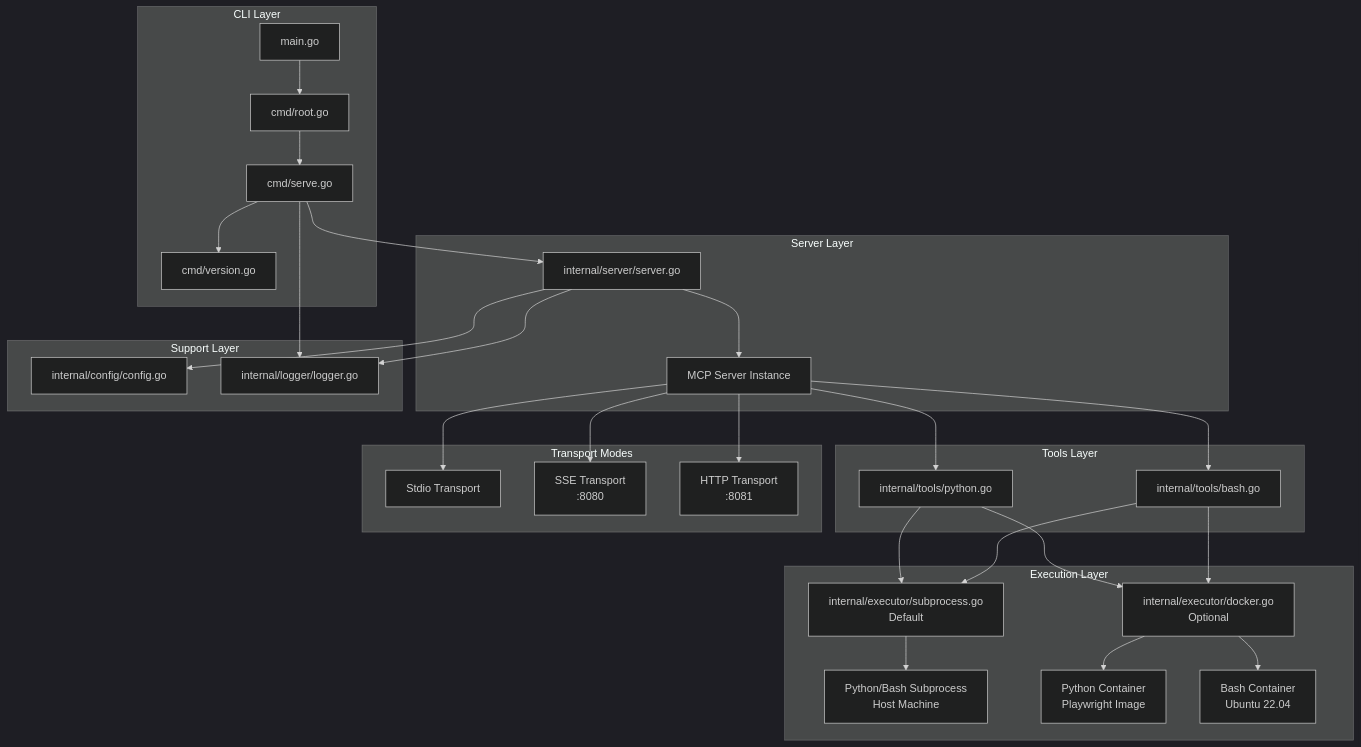
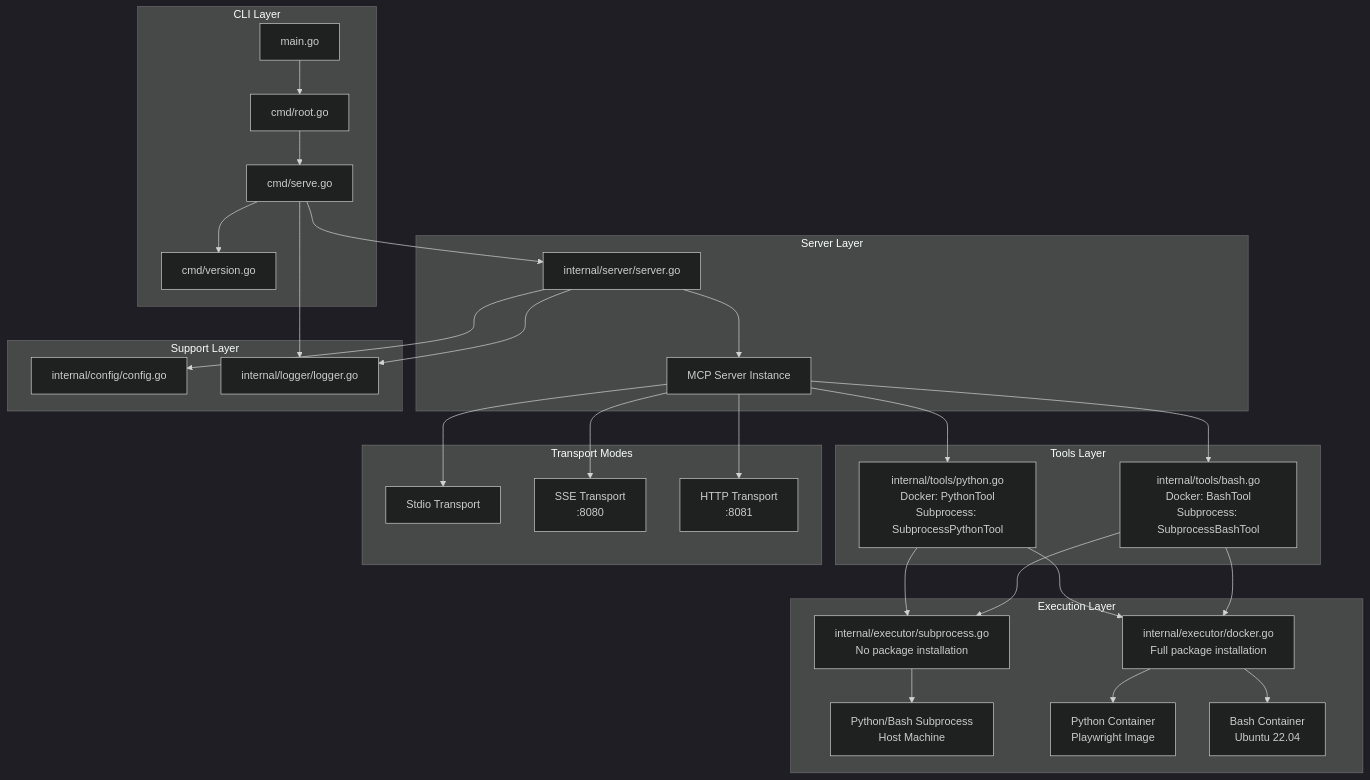
The diagram in README.md (ylchen07/mcp-executor), drawn with Mermaid (dark theme) before and after one commit. The commit also changed other lines of this file and 6 other files, not shown here.

````diff
--- a/README.md
+++ b/README.md
@@ -239,40 +259,40 @@
 ```mermaid
 graph TB
     subgraph "CLI Layer"
         A[main.go] --> B[cmd/root.go]
         B --> C[cmd/serve.go]
         C --> D[cmd/version.go]
     end
 
     subgraph "Server Layer"
         C --> E[internal/server/server.go]
         E --> F[MCP Server Instance]
     end
 
     subgraph "Tools Layer"
-        F --> G[internal/tools/python.go]
-        F --> H[internal/tools/bash.go]
+        F --> G[internal/tools/python.go<br/>Docker: PythonTool<br/>Subprocess: SubprocessPythonTool]
+        F --> H[internal/tools/bash.go<br/>Docker: BashTool<br/>Subprocess: SubprocessBashTool]
     end
 
     subgraph "Execution Layer"
-        G --> I[internal/executor/subprocess.go<br/>Default]
-        G --> I2[internal/executor/docker.go<br/>Optional]
+        G --> I[internal/executor/subprocess.go<br/>No package installation]
+        G --> I2[internal/executor/docker.go<br/>Full package installation]
         H --> I
         H --> I2
         I --> J[Python/Bash Subprocess<br/>Host Machine]
         I2 --> K[Python Container<br/>Playwright Image]
         I2 --> L[Bash Container<br/>Ubuntu 22.04]
     end
 
     subgraph "Support Layer"
         E --> M[internal/config/config.go]
         E --> N[internal/logger/logger.go]
         C --> N
     end
 
     subgraph "Transport Modes"
         F --> O[Stdio Transport]
         F --> P[SSE Transport<br/>:8080]
         F --> Q[HTTP Transport<br/>:8081]
     end
 ```
````
